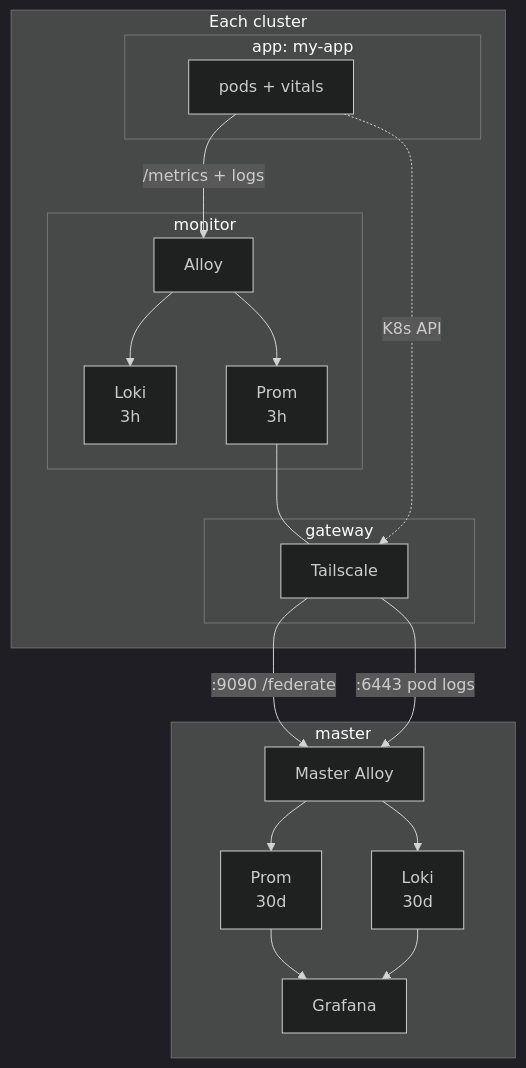
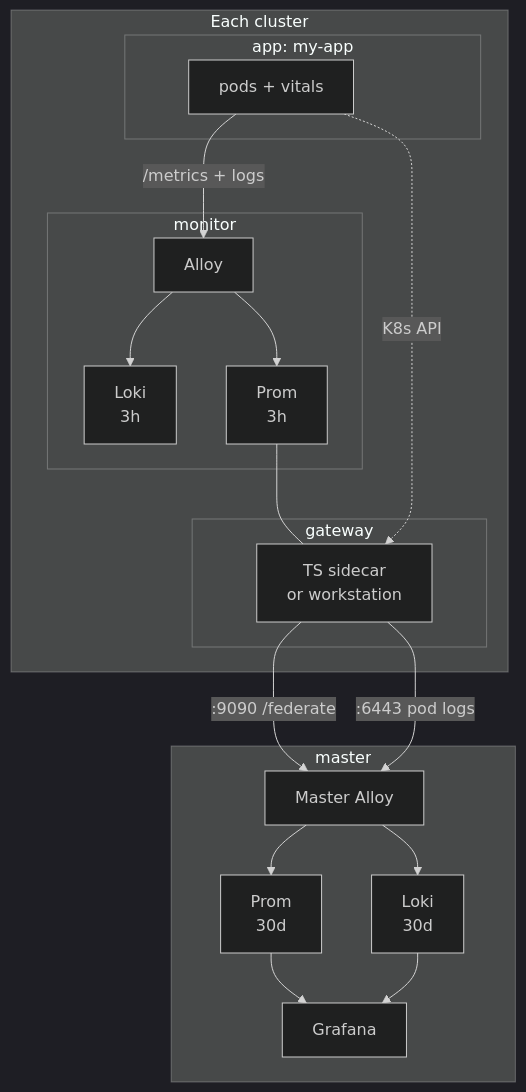
One commit to Kord96/kordinate changed the fourth of 4 diagrams in docs/infrastructure.md. Above: the diagram before and after it, drawn with Mermaid (dark theme).

Commit message:
docs: gateway label shows TS sidecar or workstation [scribe]

````diff
--- a/docs/infrastructure.md
+++ b/docs/infrastructure.md
@@ -97,28 +97,28 @@
 ```mermaid
 flowchart TB
     subgraph cluster[Each cluster]
         subgraph app["app: my-app"]
             PODS[pods + vitals]
         end
 
         subgraph mon[monitor]
             AL[Alloy] --> L[Loki<br/>3h] & P[Prom<br/>3h]
         end
 
         subgraph gw[gateway]
-            GWT[Tailscale]
+            GWT[TS sidecar<br/>or workstation]
         end
 
         PODS -->|/metrics + logs| AL
         P --- GWT
         PODS -.->|K8s API| GWT
     end
 
     GWT -->|:9090 /federate| MA
     GWT -->|:6443 pod logs| MA
 
     subgraph master[master]
         MA[Master Alloy] --> ML[Loki<br/>30d] & MP[Prom<br/>30d]
         MP & ML --> G[Grafana]
     end
 ```
````
